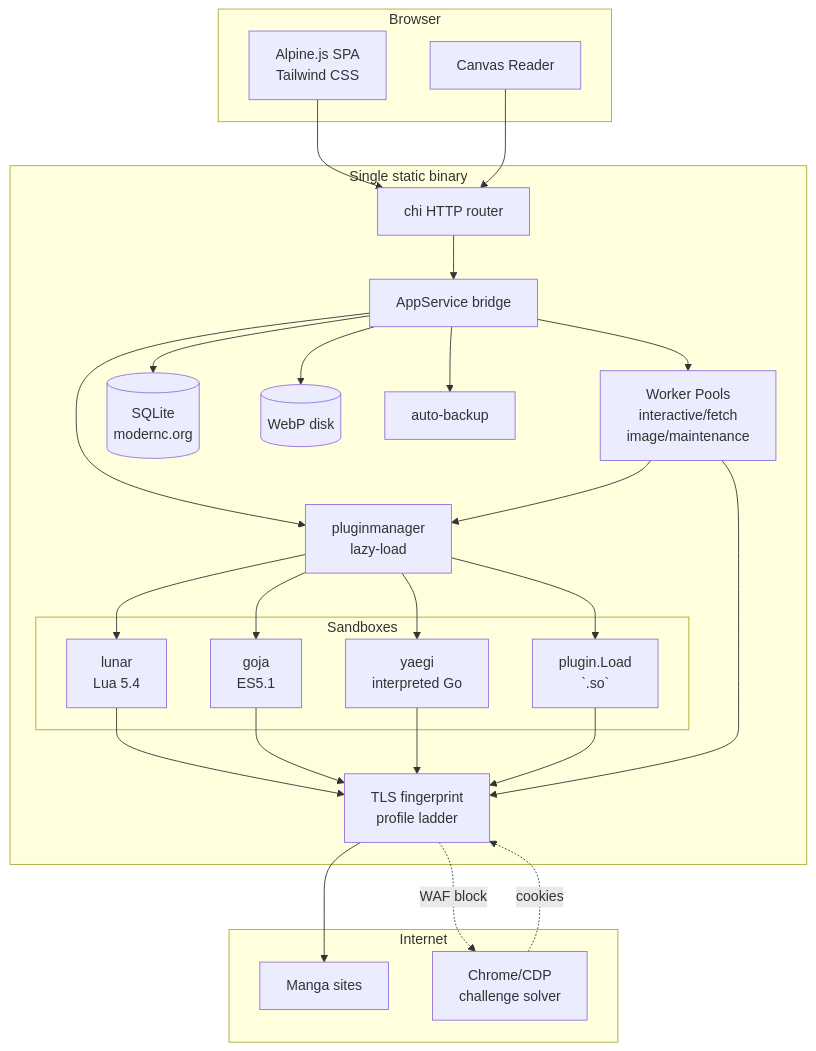
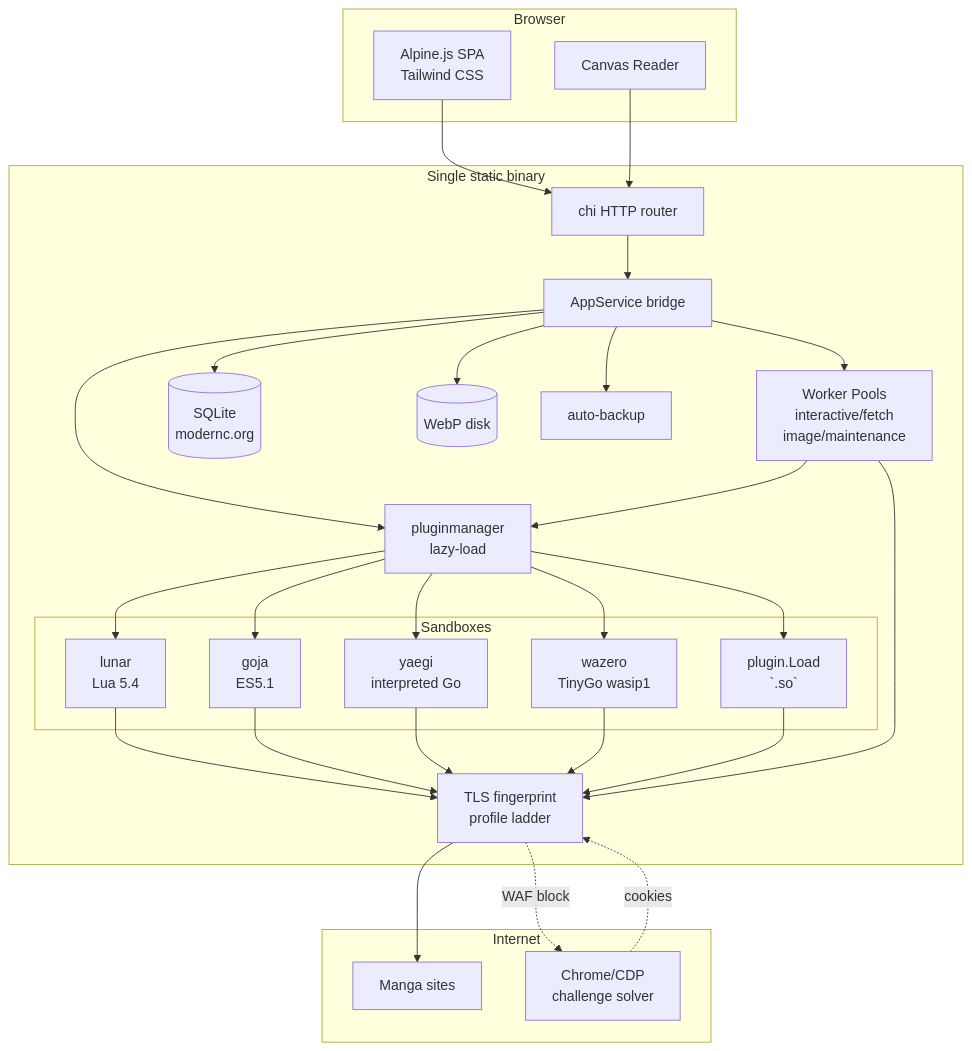
The first of 4 diagrams in README.md (kenzanin/goIsekai), drawn with Mermaid before and after one commit. The commit also changed other lines of this file, not shown here.

Commit message:
docs: document WASM and native Go plugin backends in README

````diff
--- a/README.md
+++ b/README.md
@@ -13,51 +13,54 @@
 ```mermaid
 flowchart TD
     subgraph Browser
         UI[Alpine.js SPA<br/>Tailwind CSS]
         Reader[Canvas Reader]
     end
 
     subgraph goIsekai[Single static binary]
         HTTP[chi HTTP router]
         Bridge[AppService bridge]
         PM[pluginmanager<br/>lazy-load]
         subgraph Sandboxes
             Lua[lunar<br/>Lua 5.4]
             JS[goja<br/>ES5.1]
             YG[yaegi<br/>interpreted Go]
+            WASM[wazero<br/>TinyGo wasip1]
             GO[plugin.Load<br/>`.so`]
         end
         HostNet[TLS fingerprint<br/>profile ladder]
         Workers[Worker Pools<br/>interactive/fetch<br/>image/maintenance]
         DB[(SQLite<br/>modernc.org)]
         Cache[(WebP disk)]
         Backup[auto-backup]
     end
 
     subgraph Internet
         Sites[Manga sites]
         CDP[Chrome/CDP<br/>challenge solver]
     end
 
     UI --> HTTP
     Reader --> HTTP
     HTTP --> Bridge
     Bridge --> PM
     PM --> Lua
     PM --> JS
     PM --> YG
+    PM --> WASM
     PM --> GO
     Lua --> HostNet
     JS --> HostNet
     YG --> HostNet
+    WASM --> HostNet
     GO --> HostNet
     HostNet --> Sites
     HostNet -.->|WAF block| CDP
     CDP -.->|cookies| HostNet
     Bridge --> Workers
     Workers --> PM
     Workers --> HostNet
     Bridge --> DB
     Bridge --> Cache
     Bridge --> Backup
 ```
````
